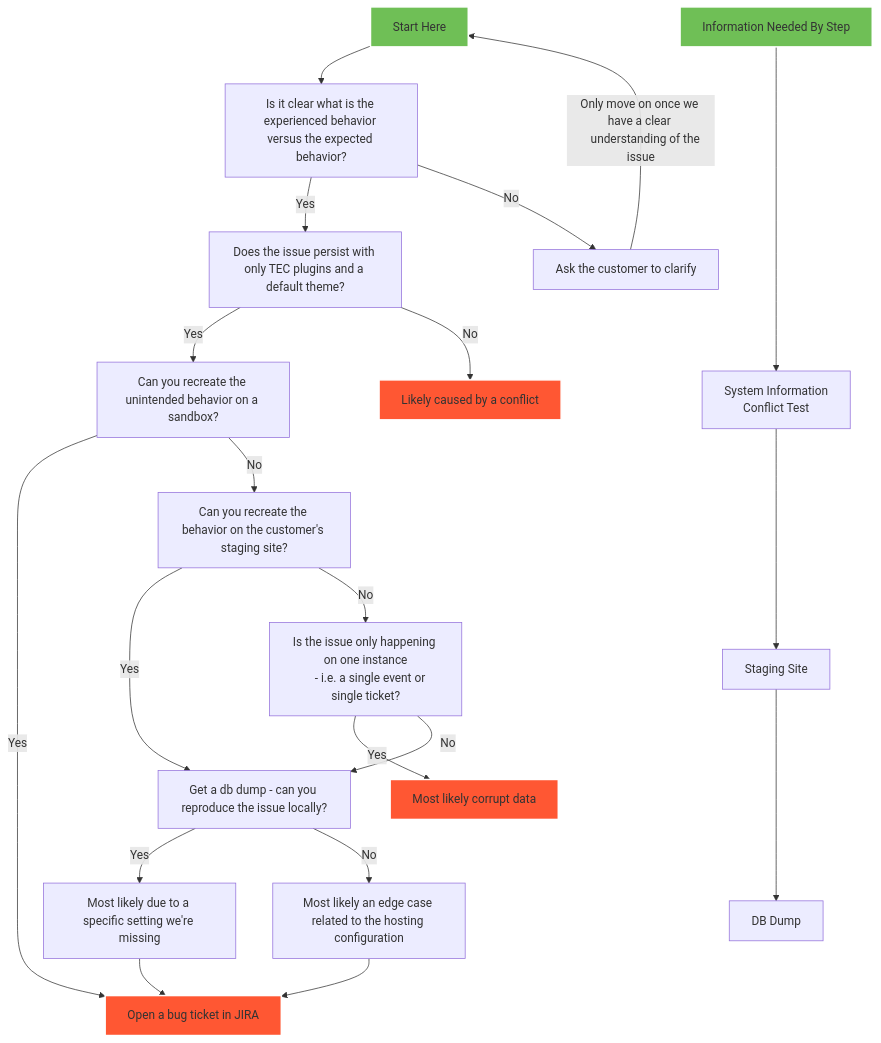
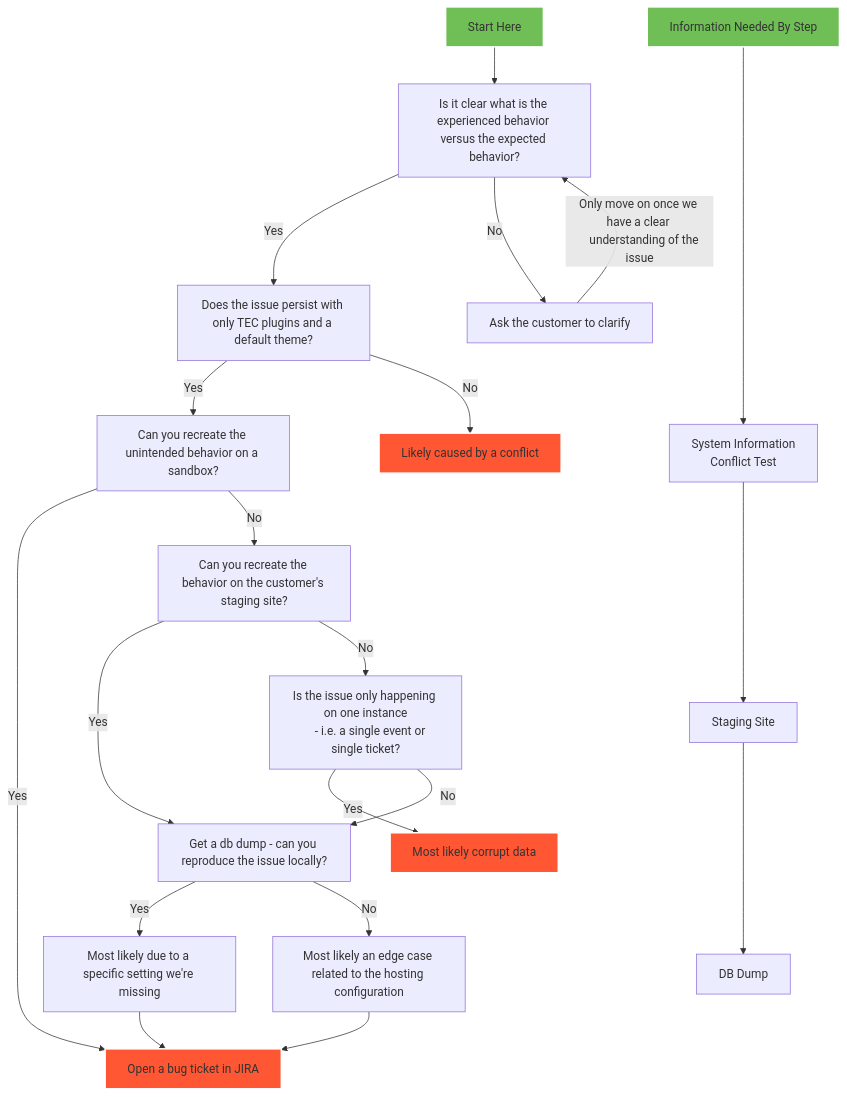
Before and after one commit to sdokus/sdokus-dev-day-concepts: the diagram in support-flowchart.md, drawn with Mermaid.

Commit message:
Slight tweak to previous change - instead of going back to start, go back to step B

````diff
--- a/support-flowchart.md
+++ b/support-flowchart.md
@@ -3,56 +3,56 @@
 ```mermaid
 graph TD
     A[Start Here]
     A --> B
     B[Is it clear what is the experienced behavior versus the expected behavior?]
     B -->|Yes| C
     B -->|No| D
     C[Does the issue persist with only TEC plugins and a default theme?]
     D[Ask the customer to clarify]
     D -->|Only move on once we have a clear 
-    understanding of the issue|A
+    understanding of the issue|B
     C -->|Yes|E
     C -->|No|F
     E[Can you recreate the unintended behavior on a sandbox?]
     F[Likely caused by a conflict]
     E --> |Yes| G
     E --> |No| H
     G[Open a bug ticket in JIRA]
     H[Can you recreate the behavior on the customer's staging site?]
     H -->|Yes| I
     H -->|No| J
     I[Get a db dump - can you reproduce the issue locally?]
     I -->|Yes| N
     I -->|No| M
     M[Most likely an edge case related to the hosting configuration]
     N[Most likely due to a specific setting we're missing]
     M --> G
     N --> G
     J[Is the issue only happening on one instance
     - i.e. a single event or single ticket?]
     J --> |Yes| K
     J --> |No| I
     K[Most likely corrupt data]
     
 style A fill:#6FBF56,stroke:#ffffff,stroke-width:2px;
 style F fill:#FF5733,stroke:#ffffff,stroke-width:2px;
 style K fill:#FF5733,stroke:#ffffff,stroke-width:2px;
 style G fill:#FF5733,stroke:#ffffff,stroke-width:2px;
 
 %% Second Graph - Information Gathering
     A2[Information Needed By Step]
     A2 ----> B2
     B2[
         System Information
         Conflict Test
     ]
     click B2 href "#system-info"
     B2 ---> C2
     C2[Staging Site]
     click C2 href "#staging-site"
     C2 ---> D2
     D2[DB Dump]
     click D2 href "#db-dump"
 
 style A2 fill:#6FBF56,stroke:#ffffff,stroke-width:2px;
 ```
````
